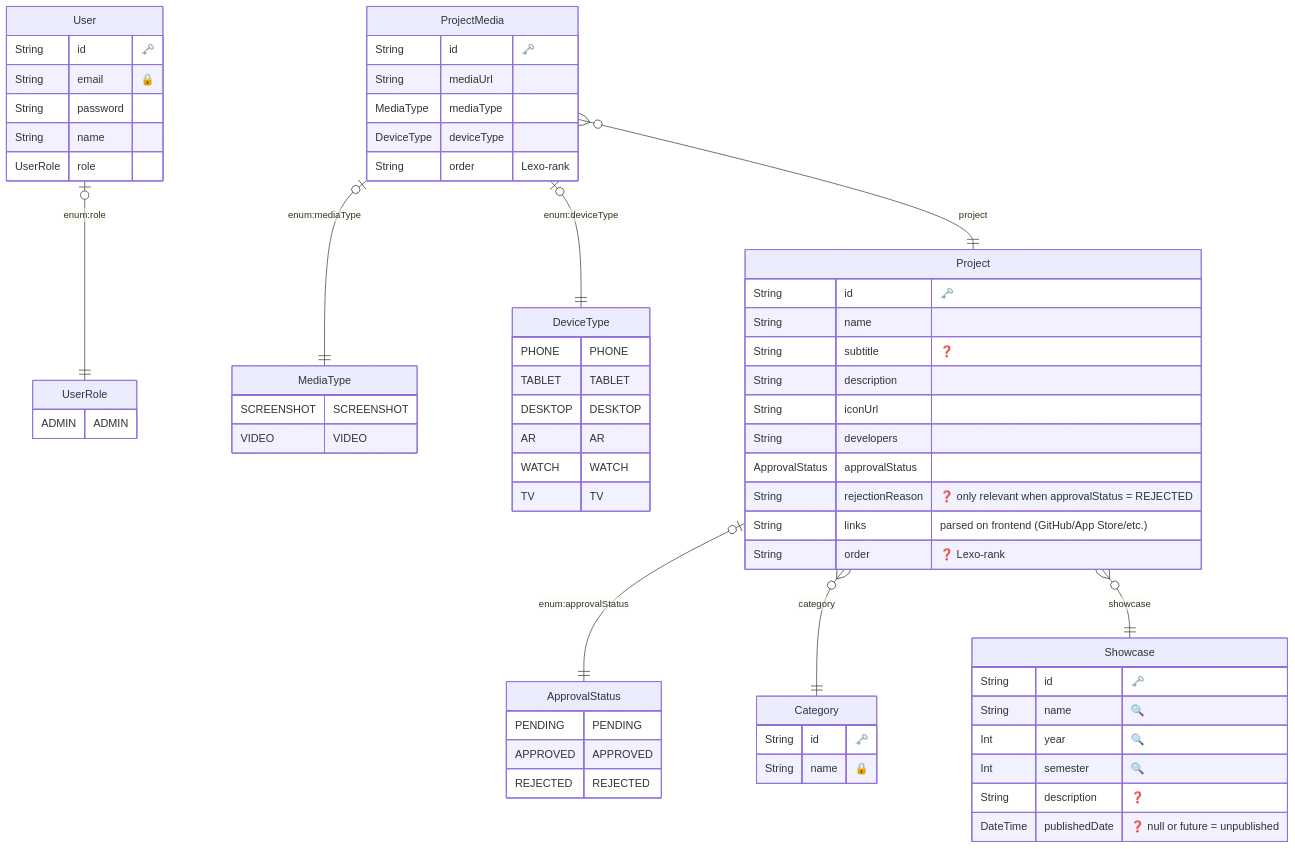
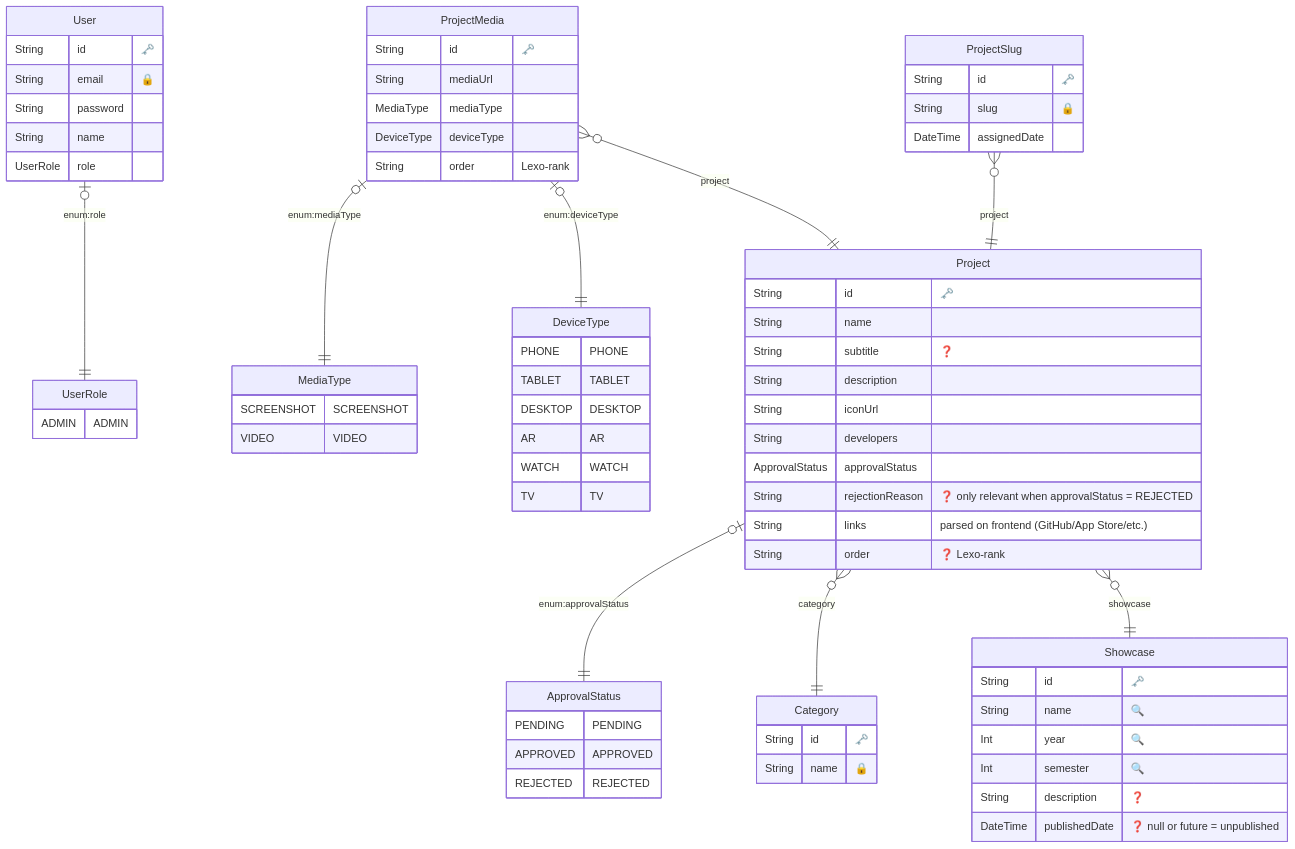
One commit to odisfm/hapi changed the diagram in shared/prisma/ERD.md. Above: the diagram before and after it, drawn with Mermaid.

Commit message:
chore: re-generate ERD

````diff
--- a/shared/prisma/ERD.md
+++ b/shared/prisma/ERD.md
@@ -78,6 +78,13 @@
     String order "Lexo-rank"
     }
   
+
+  "ProjectSlug" {
+    String id "🗝️"
+    String slug "🔒"
+    DateTime assignedDate 
+    }
+  
     "User" |o--|| "UserRole" : "enum:role"
     "Project" |o--|| "ApprovalStatus" : "enum:approvalStatus"
     "Project" }o--|| "Category" : "category"
@@ -85,4 +92,5 @@
     "ProjectMedia" }o--|| "Project" : "project"
     "ProjectMedia" |o--|| "MediaType" : "enum:mediaType"
     "ProjectMedia" |o--|| "DeviceType" : "enum:deviceType"
+    "ProjectSlug" }o--|| "Project" : "project"
 ```
````
